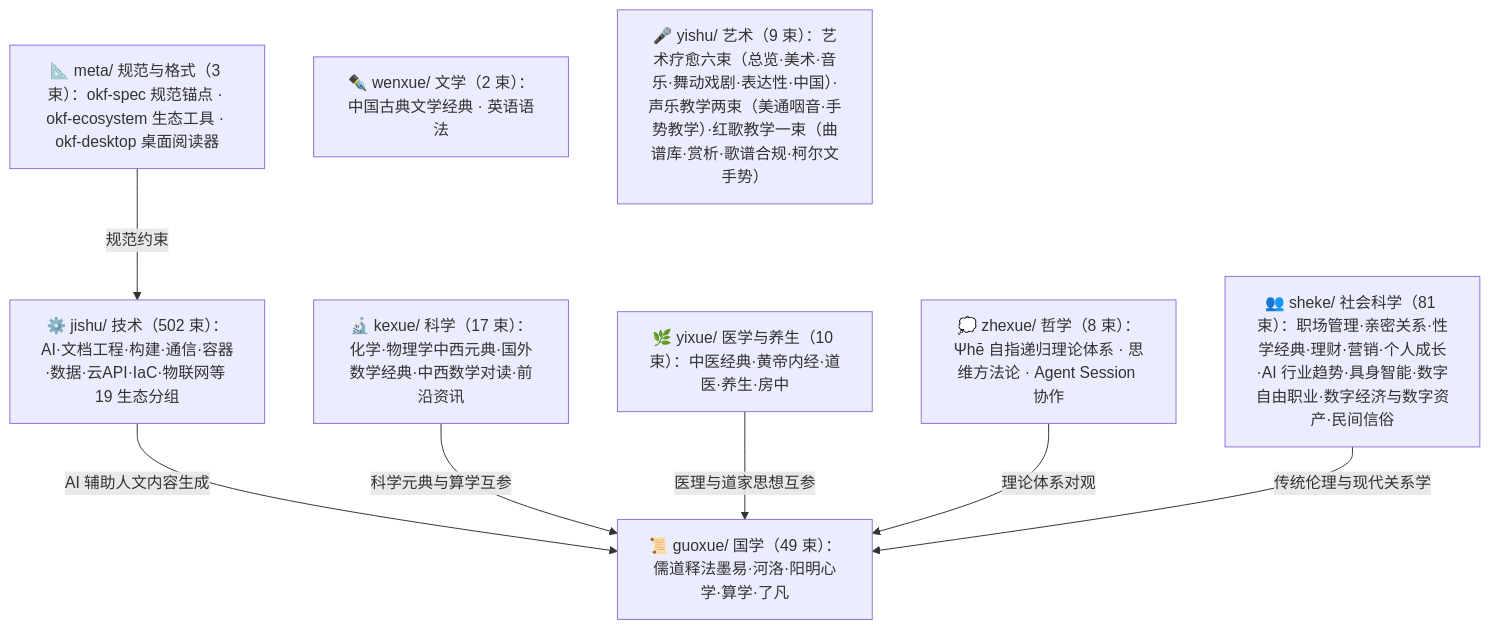
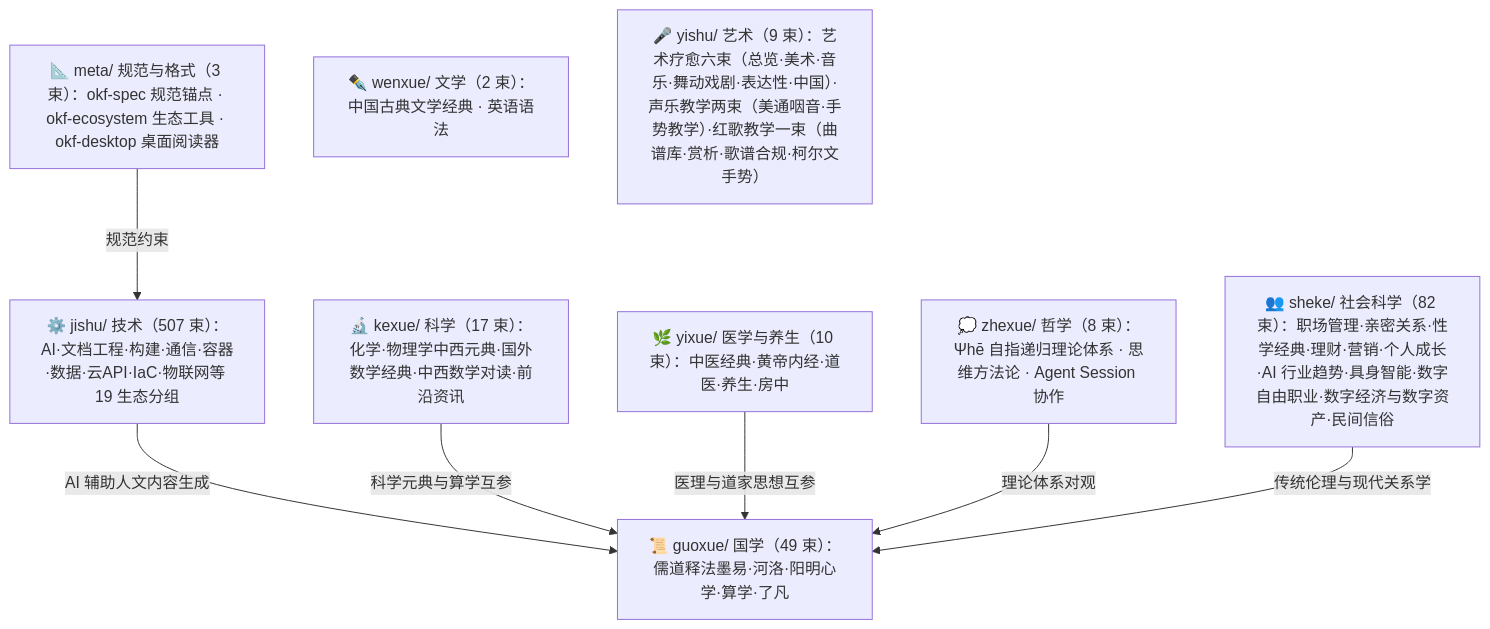
Before and after one commit to awesome-flexloop/awesome-okf: the diagram in doc/bundles/index.md, drawn with Mermaid. The commit also changed other lines of this file and 86 other files, not shown here.

````diff
--- a/doc/bundles/index.md
+++ b/doc/bundles/index.md
@@ -21,18 +21,18 @@
 ```mermaid
 flowchart TD
     meta["📐 meta/ 规范与格式（3 束）：okf-spec 规范锚点 · okf-ecosystem 生态工具 · okf-desktop 桌面阅读器"]
     guoxue["📜 guoxue/ 国学（49 束）：儒道释法墨易·河洛·阳明心学·算学·了凡"]
     zhexue["💭 zhexue/ 哲学（8 束）：Ψhē 自指递归理论体系 · 思维方法论 · Agent Session 协作"]
     kexue["🔬 kexue/ 科学（17 束）：化学·物理学中西元典·国外数学经典·中西数学对读·前沿资讯"]
     wenxue["✒️ wenxue/ 文学（2 束）：中国古典文学经典 · 英语语法"]
     yixue["🌿 yixue/ 医学与养生（10 束）：中医经典·黄帝内经·道医·养生·房中"]
-    sheke["👥 sheke/ 社会科学（81 束）：职场管理·亲密关系·性学经典·理财·营销·个人成长·AI 行业趋势·具身智能·数字自由职业·数字经济与数字资产·民间信俗"]
+    sheke["👥 sheke/ 社会科学（82 束）：职场管理·亲密关系·性学经典·理财·营销·个人成长·AI 行业趋势·具身智能·数字自由职业·数字经济与数字资产·民间信俗"]
     yishu["🎤 yishu/ 艺术（9 束）：艺术疗愈六束（总览·美术·音乐·舞动戏剧·表达性·中国）·声乐教学两束（美通咽音·手势教学）·红歌教学一束（曲谱库·赏析·歌谱合规·柯尔文手势）"]
-    jishu["⚙️ jishu/ 技术（502 束）：AI·文档工程·构建·通信·容器·数据·云API·IaC·物联网等 19 生态分组"]
+    jishu["⚙️ jishu/ 技术（507 束）：AI·文档工程·构建·通信·容器·数据·云API·IaC·物联网等 19 生态分组"]
     meta -->|"规范约束"| jishu
     jishu -->|"AI 辅助人文内容生成"| guoxue
     kexue -->|"科学元典与算学互参"| guoxue
     yixue -->|"医理与道家思想互参"| guoxue
     zhexue -->|"理论体系对观"| guoxue
     sheke -->|"传统伦理与现代关系学"| guoxue
 ```
````
